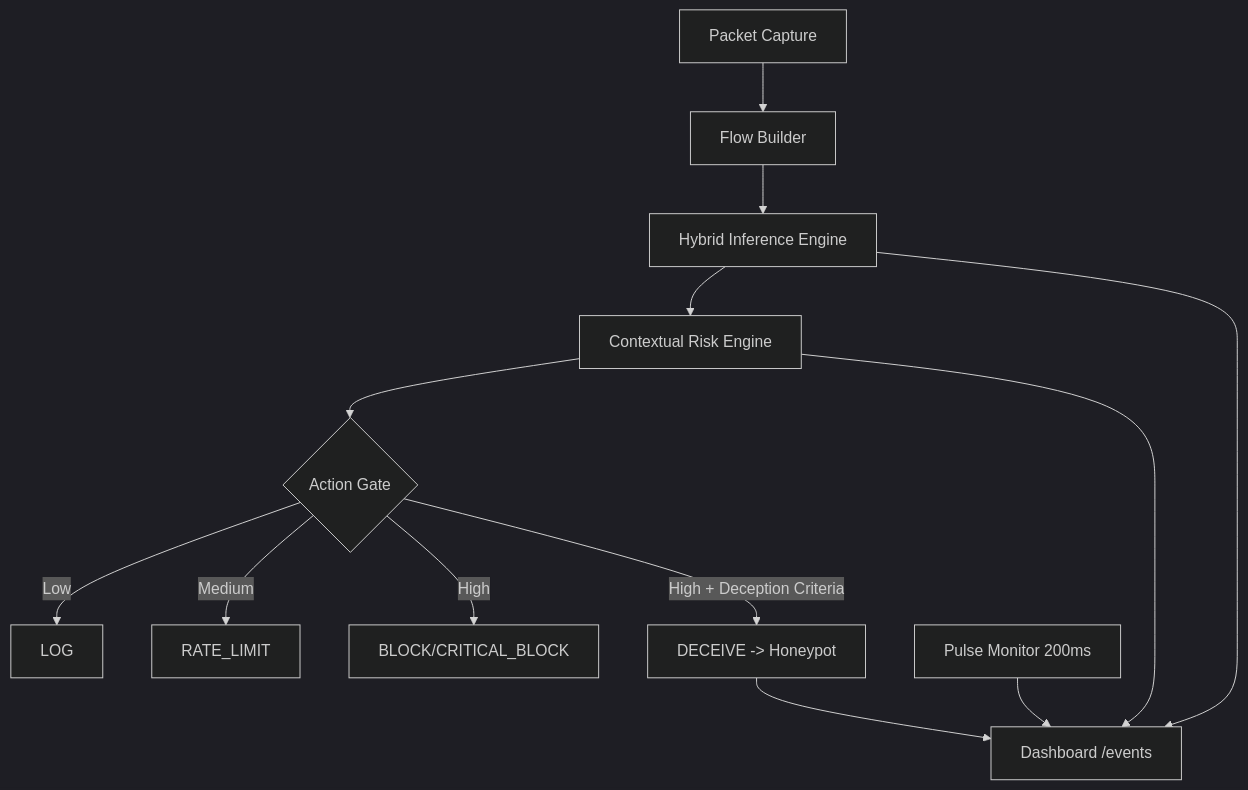
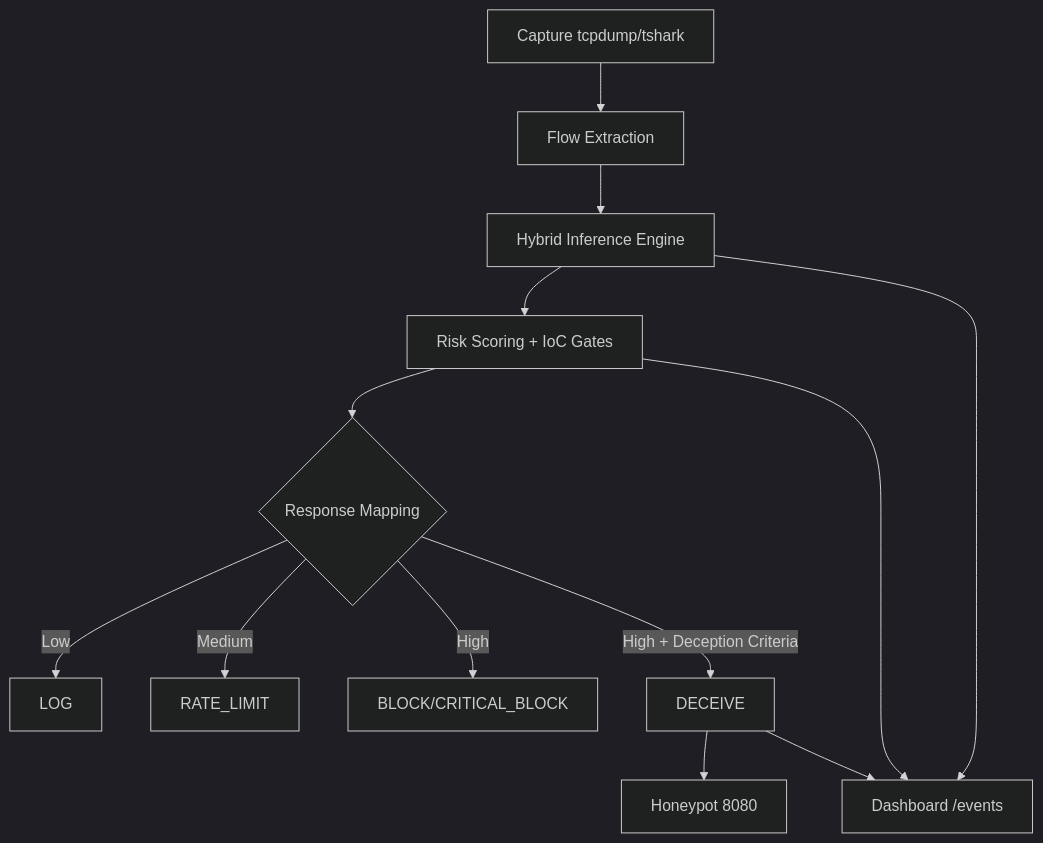
The diagram in README.md (marmik/INTELLIGENT-SELF-DEFENDING-NETWORK-FRAMEWORK), drawn with Mermaid (dark theme) before and after one commit. The commit also changed other lines of this file, not shown here.

````diff
--- a/README.md
+++ b/README.md
@@ -25,16 +31,15 @@
 ```mermaid
 graph TD
-    A[Packet Capture] --> B[Flow Builder]
-    B --> C[Hybrid Inference Engine]
-    C --> D[Contextual Risk Engine]
-    D --> E{Action Gate}
-    E -->|Low| F[LOG]
-    E -->|Medium| G[RATE_LIMIT]
-    E -->|High| H[BLOCK/CRITICAL_BLOCK]
-    E -->|High + Deception Criteria| I[DECEIVE -> Honeypot]
-
-    J[Pulse Monitor 200ms] --> K[Dashboard /events]
-    C --> K
-    D --> K
-    I --> K
+        A[Capture tcpdump/tshark] --> B[Flow Extraction]
+        B --> C[Hybrid Inference Engine]
+        C --> D[Risk Scoring + IoC Gates]
+        D --> E{Response Mapping}
+        E -->|Low| F[LOG]
+        E -->|Medium| G[RATE_LIMIT]
+        E -->|High| H[BLOCK/CRITICAL_BLOCK]
+        E -->|High + Deception Criteria| I[DECEIVE]
+        I --> J[Honeypot 8080]
+        C --> K[Dashboard /events]
+        D --> K
+        I --> K
 ```
````
